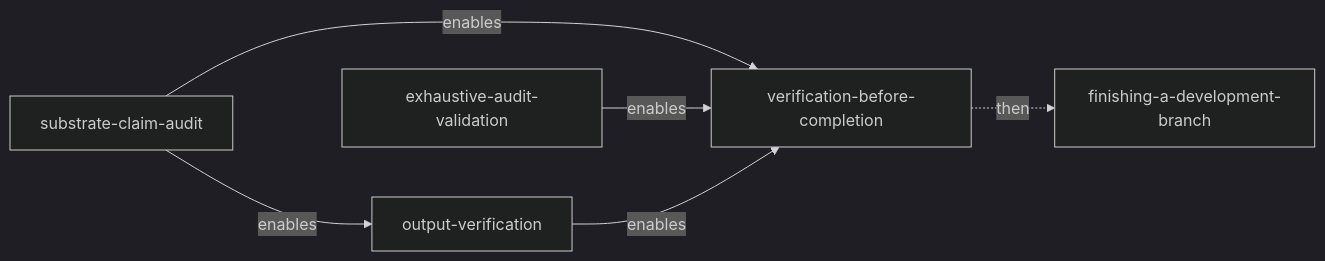
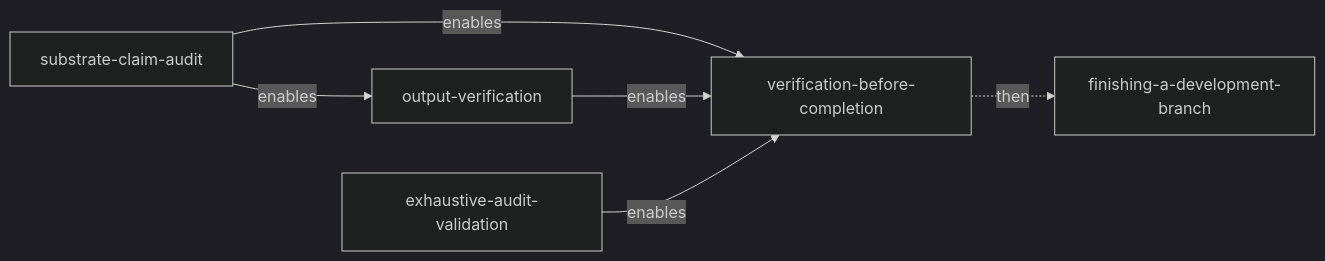
The third of 27 diagrams in docs/skill-dependency-graph.md (bordenet/superpowers-plus), drawn with Mermaid (dark theme) before and after one commit. The commit also changed other lines of this file and 6 other files, not shown here.

````diff
--- a/docs/skill-dependency-graph.md
+++ b/docs/skill-dependency-graph.md
@@ -68,13 +68,13 @@
 ```mermaid
 flowchart LR
   substrate_claim_audit["substrate-claim-audit"]
+  output_verification["output-verification"]
   exhaustive_audit_validation["exhaustive-audit-validation"]
   finishing_a_development_branch["finishing-a-development-branch"]
   verification_before_completion["verification-before-completion"]
-  output_verification["output-verification"]
   substrate_claim_audit -->|enables| output_verification
   substrate_claim_audit -->|enables| verification_before_completion
+  output_verification -->|enables| verification_before_completion
   exhaustive_audit_validation -->|enables| verification_before_completion
   verification_before_completion -.->|then| finishing_a_development_branch
-  output_verification -->|enables| verification_before_completion
 ```
````
